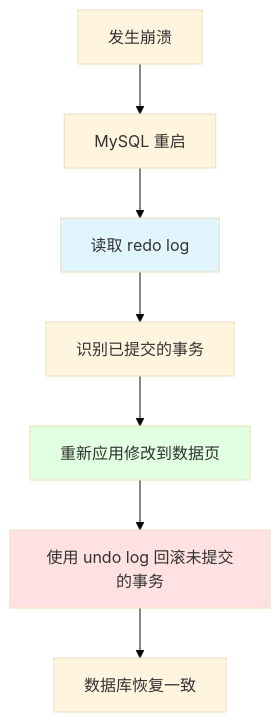
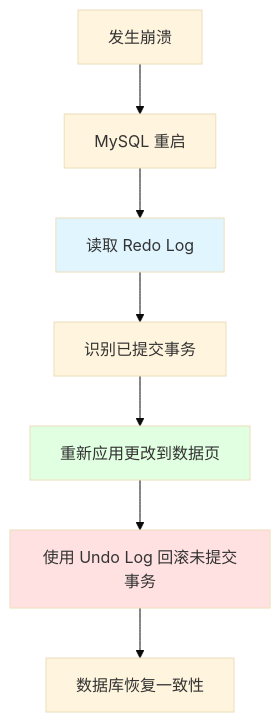
Before and after one commit to YiWang24/AiDIY: the fifth of 5 diagrams in i18n/zh-Hans/docusaurus-plugin-content-docs/current/cs/database/mysql/transactions.mdx, drawn with Mermaid (base theme). The commit also changed other lines of this file and 59 other files, not shown here.

````diff
--- a/i18n/zh-Hans/docusaurus-plugin-content-docs/current/cs/database/mysql/transactions.mdx
+++ b/i18n/zh-Hans/docusaurus-plugin-content-docs/current/cs/database/mysql/transactions.mdx
@@ -387,13 +387,13 @@
 ```mermaid
 graph TD
     A[发生崩溃] --> B[MySQL 重启]
-    B --> C[读取 redo log]
-    C --> D[识别已提交的事务]
-    D --> E[重新应用修改到数据页]
-    E --> F[使用 undo log 回滚未提交的事务]
-    F --> G[数据库恢复一致]
+    B --> C[读取 Redo Log]
+    C --> D[识别已提交事务]
+    D --> E[重新应用更改到数据页]
+    E --> F[使用 Undo Log 回滚未提交事务]
+    F --> G[数据库恢复一致性]
 
     style C fill:#e1f5ff
     style E fill:#e1ffe1
     style F fill:#ffe1e1
 ```
````
